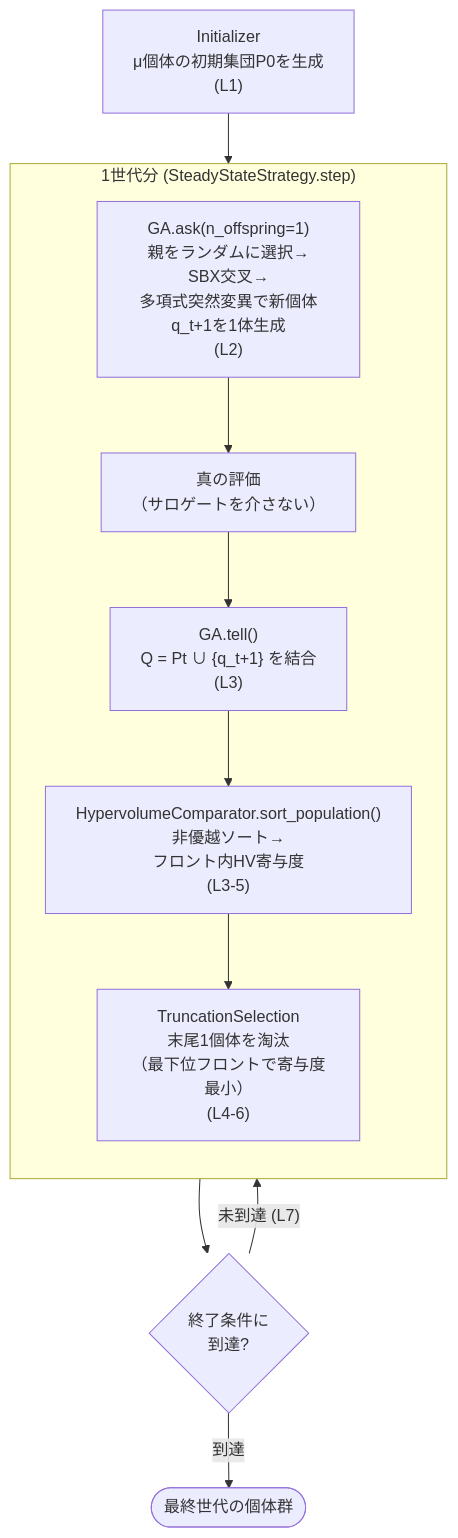
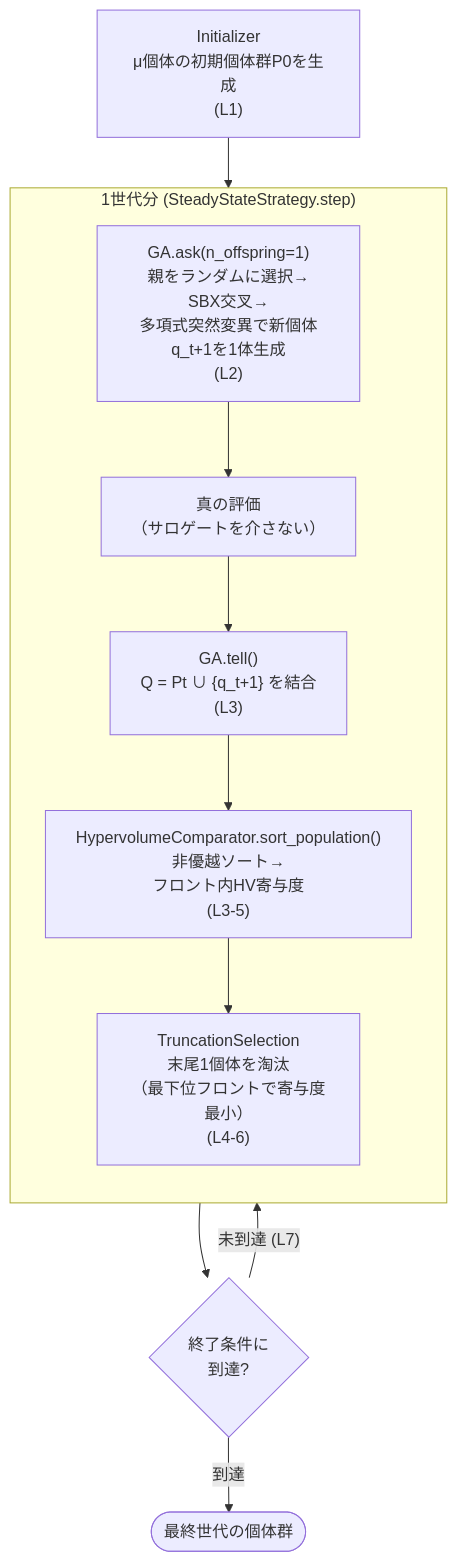
One commit to shlka/saealib changed the diagram in docs/algorithms/sms_emoa.md. Above: the diagram before and after it, drawn with Mermaid. The commit also changed other lines of this file and 27 other files, not shown here.

````diff
--- a/docs/algorithms/sms_emoa.md
+++ b/docs/algorithms/sms_emoa.md
@@ -131,14 +131,14 @@
 ```{mermaid}
 flowchart TD
-    INIT["Initializer<br/>μ個体の初期集団P0を生成<br/>(L1)"] --> GEN
+    INIT["Initializer<br/>μ個体の初期個体群P0を生成<br/>(L1)"] --> GEN
     subgraph GEN["1世代分 (SteadyStateStrategy.step)"]
         direction TB
         ASK["GA.ask(n_offspring=1)<br/>親をランダムに選択→<br/>SBX交叉→<br/>多項式突然変異で新個体q_t+1を1体生成<br/>(L2)"] --> EVAL["真の評価<br/>（サロゲートを介さない）"]
         EVAL --> COMB["GA.tell()<br/>Q = Pt ∪ {q_t+1} を結合<br/>(L3)"]
         COMB --> SORT["HypervolumeComparator.sort_population()<br/>非優越ソート→<br/>フロント内HV寄与度<br/>(L3-5)"]
         SORT --> TRUNC["TruncationSelection<br/>末尾1個体を淘汰<br/>（最下位フロントで寄与度最小）<br/>(L4-6)"]
     end
     GEN --> TERM{"終了条件に<br/>到達?"}
     TERM -- "未到達 (L7)" --> GEN
     TERM -- "到達" --> RESULT(["最終世代の個体群"])
 ```
````
